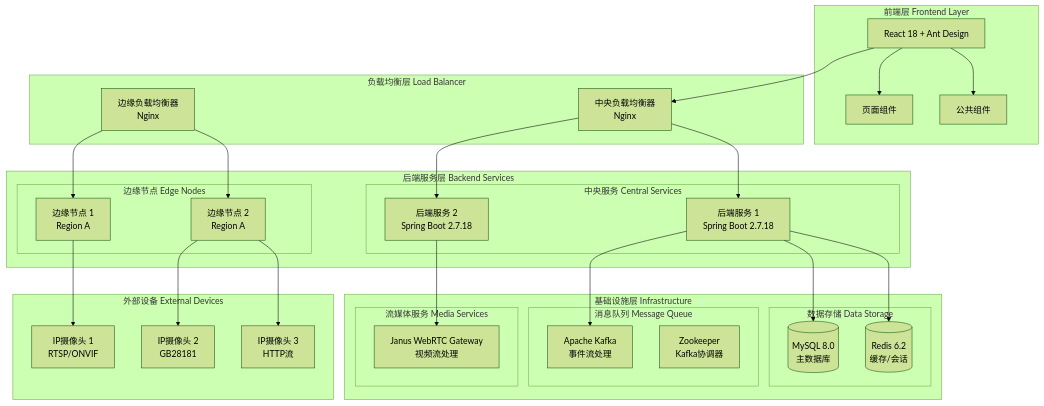
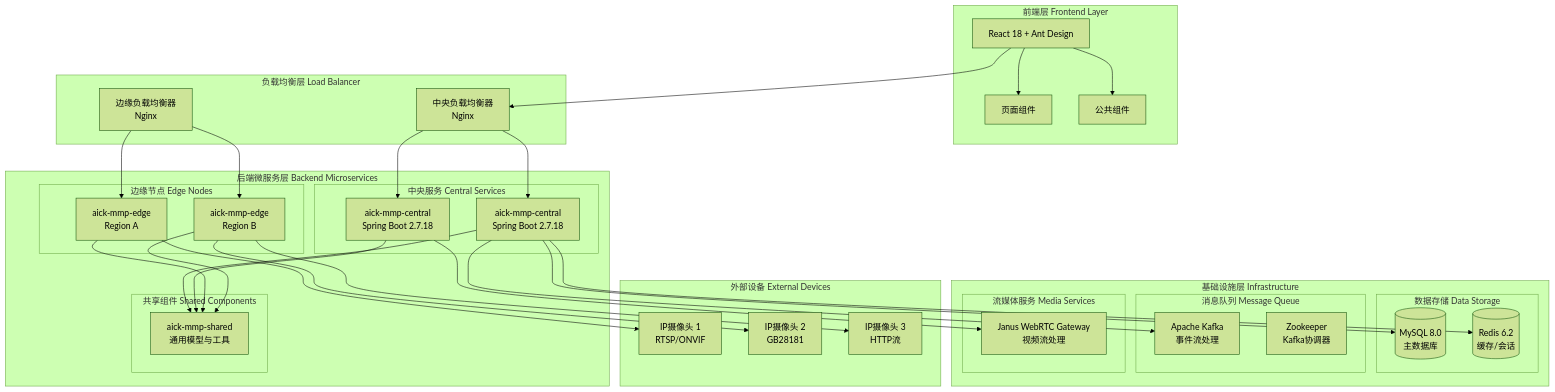
One commit to HuboryChen/aick-mmp changed the diagram in README.md. Above: the diagram before and after it, drawn with Mermaid (forest theme). The commit also changed other lines of this file and 314 other files, not shown here.

````diff
--- a/README.md
+++ b/README.md
@@ -42,63 +42,72 @@
 ```mermaid
 graph TB
     subgraph "前端层 Frontend Layer"
         UI[React 18 + Ant Design]
         UI --> Pages[页面组件]
         UI --> Components[公共组件]
     end
 
     subgraph "负载均衡层 Load Balancer"
         CLB[中央负载均衡器<br/>Nginx]
         ELB[边缘负载均衡器<br/>Nginx]
     end
 
-    subgraph "后端服务层 Backend Services"
+    subgraph "后端微服务层 Backend Microservices"
         subgraph "中央服务 Central Services"
-            Backend1[后端服务 1<br/>Spring Boot 2.7.18]
-            Backend2[后端服务 2<br/>Spring Boot 2.7.18]
+            Central1[aick-mmp-central<br/>Spring Boot 2.7.18]
+            Central2[aick-mmp-central<br/>Spring Boot 2.7.18]
         end
         
         subgraph "边缘节点 Edge Nodes"
-            EdgeNode1[边缘节点 1<br/>Region A]
-            EdgeNode2[边缘节点 2<br/>Region A]
+            Edge1[aick-mmp-edge<br/>Region A]
+            Edge2[aick-mmp-edge<br/>Region B]
+        end
+        
+        subgraph "共享组件 Shared Components"
+            Shared[aick-mmp-shared<br/>通用模型与工具]
         end
     end
 
     subgraph "基础设施层 Infrastructure"
         subgraph "数据存储 Data Storage"
             MySQL[(MySQL 8.0<br/>主数据库)]
             Redis[(Redis 6.2<br/>缓存/会话)]
         end
         
         subgraph "消息队列 Message Queue"
             Kafka[Apache Kafka<br/>事件流处理]
             Zookeeper[Zookeeper<br/>Kafka协调器]
         end
         
         subgraph "流媒体服务 Media Services"
             Janus[Janus WebRTC Gateway<br/>视频流处理]
         end
     end
 
     subgraph "外部设备 External Devices"
         Camera1[IP摄像头 1<br/>RTSP/ONVIF]
         Camera2[IP摄像头 2<br/>GB28181]
         Camera3[IP摄像头 3<br/>HTTP流]
     end
 
     %% 连接关系
     UI --> CLB
-    CLB --> Backend1
-    CLB --> Backend2
-    ELB --> EdgeNode1
-    ELB --> EdgeNode2
+    CLB --> Central1
+    CLB --> Central2
+    ELB --> Edge1
+    ELB --> Edge2
     
-    Backend1 --> MySQL
-    Backend1 --> Redis
-    Backend1 --> Kafka
-    Backend2 --> Janus
+    Central1 --> Shared
+    Central2 --> Shared
+    Edge1 --> Shared
+    Edge2 --> Shared
     
-    EdgeNode1 --> Camera1
-    EdgeNode2 --> Camera2
-    EdgeNode2 --> Camera3
+    Central1 --> MySQL
+    Central1 --> Redis
+    Central1 --> Kafka
+    Central2 --> Janus
+    
+    Edge1 --> Camera1
+    Edge2 --> Camera2
+    Edge2 --> Camera3
 ```
````
